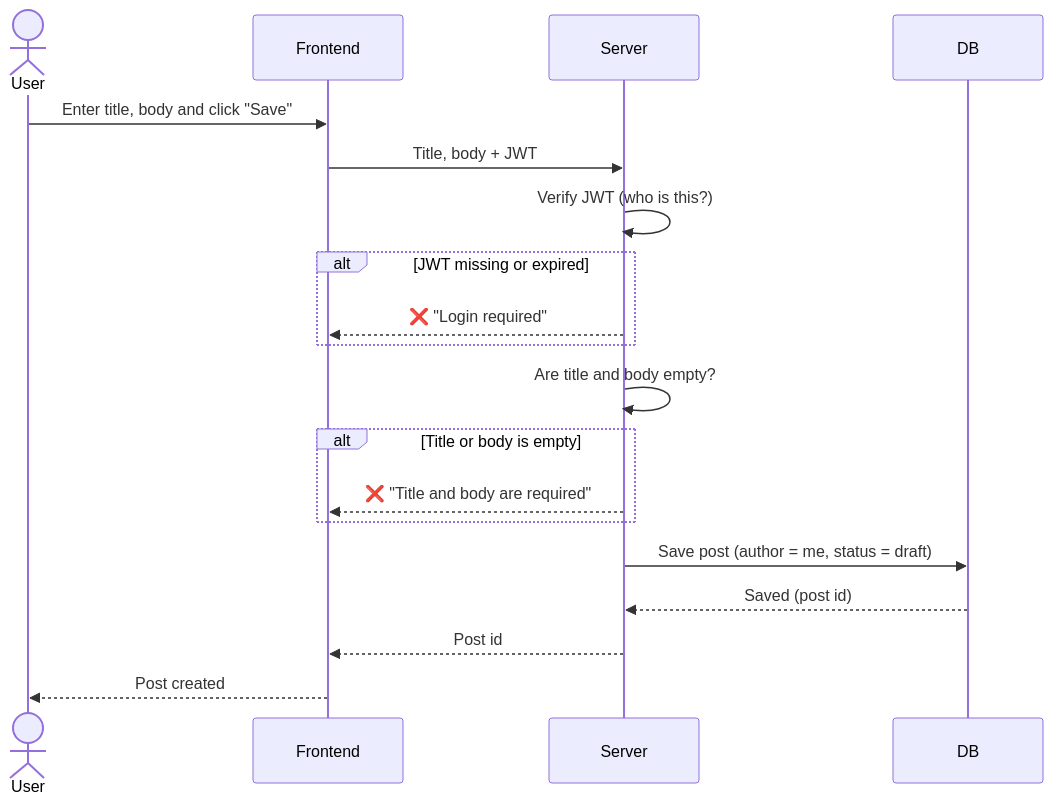
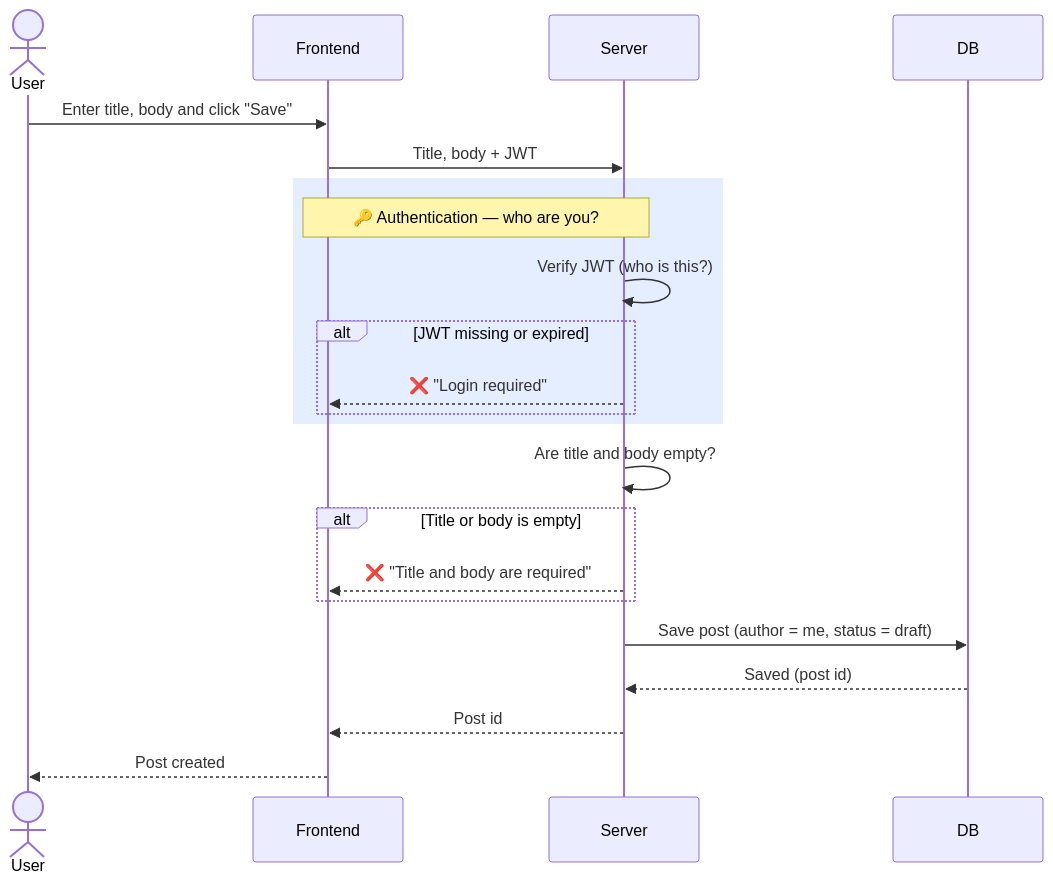
Before and after one commit to yhan0704/blogBackend: the first of 8 diagrams in docs/sequence-diagrams/post.md, drawn with Mermaid. The commit also changed other lines of this file and 1 other file, not shown here.

Commit message:
docs: mark authentication and authorization in post diagrams

````diff
--- a/docs/sequence-diagrams/post.md
+++ b/docs/sequence-diagrams/post.md
@@ -12,22 +20,25 @@
 ```mermaid
 sequenceDiagram
     actor User
     participant Frontend
     participant Server
     participant DB
 
     User->>Frontend: Enter title, body and click "Save"
     Frontend->>Server: Title, body + JWT
-    Server->>Server: Verify JWT (who is this?)
-    alt JWT missing or expired
-        Server-->>Frontend: ❌ "Login required"
+    rect rgba(80, 140, 255, 0.15)
+        Note over Frontend,Server: 🔑 Authentication — who are you?
+        Server->>Server: Verify JWT (who is this?)
+        alt JWT missing or expired
+            Server-->>Frontend: ❌ "Login required"
+        end
     end
     Server->>Server: Are title and body empty?
     alt Title or body is empty
         Server-->>Frontend: ❌ "Title and body are required"
     end
     Server->>DB: Save post (author = me, status = draft)
     DB-->>Server: Saved (post id)
     Server-->>Frontend: Post id
     Frontend-->>User: Post created
 ```
````
